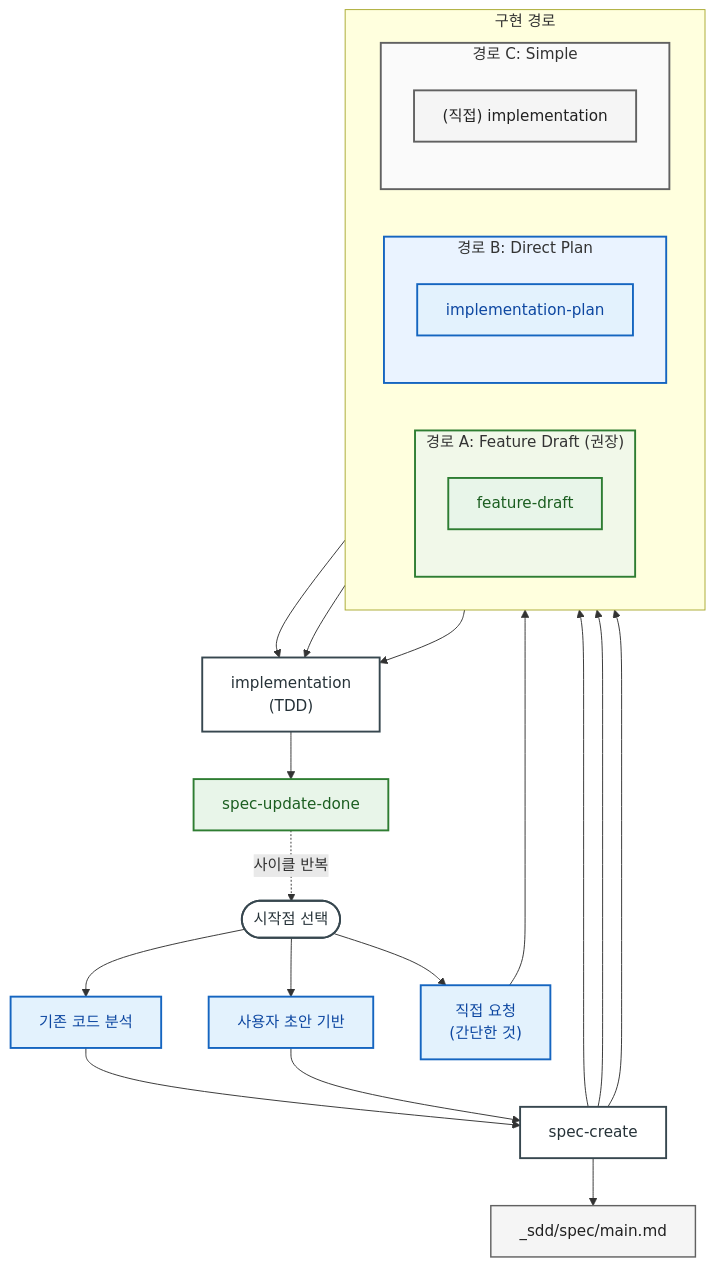
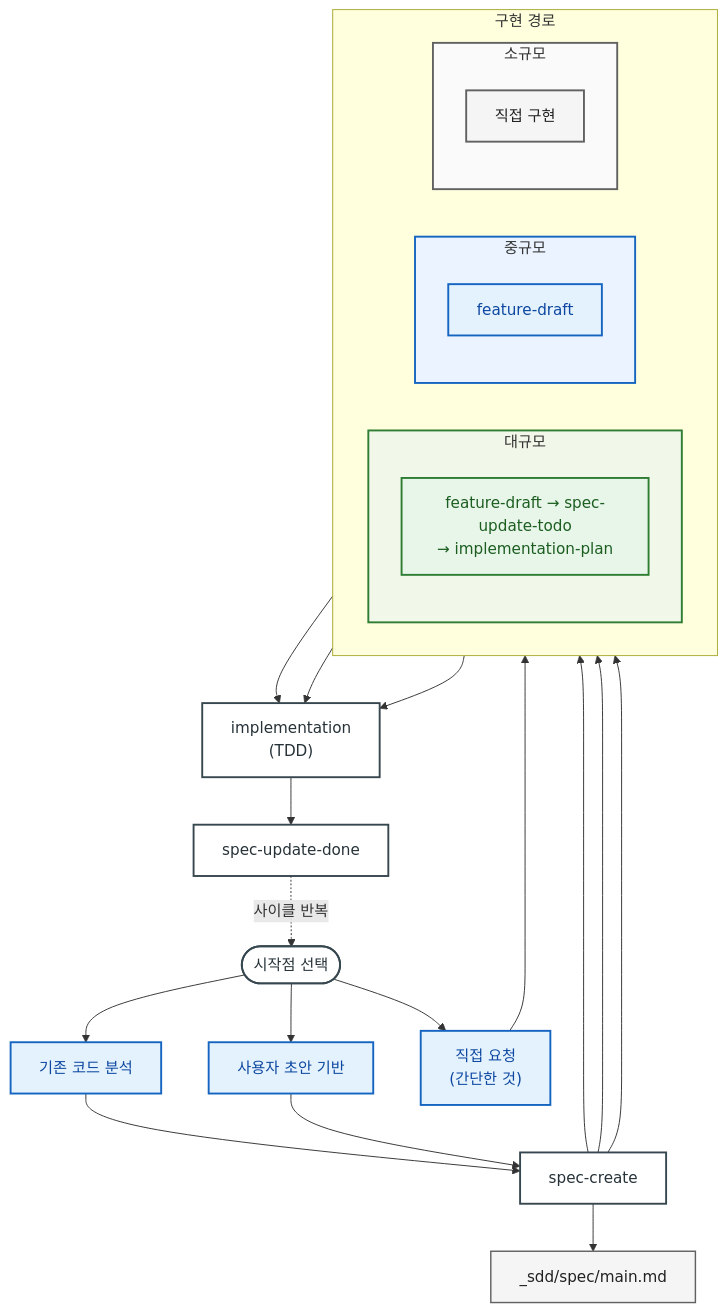
One commit to malfo-y/sdd-skills changed the sixth of 6 diagrams in SDD_WORKFLOW.md. Above: the diagram before and after it, drawn with Mermaid. The commit also changed other lines of this file and 1 other file, not shown here.

````diff
--- a/SDD_WORKFLOW.md
+++ b/SDD_WORKFLOW.md
@@ -648,58 +618,58 @@
 ```mermaid
 flowchart TB
     Start(["시작점 선택"]):::start
 
     CodeBase["기존 코드 분석"]:::choice
     Draft["사용자 초안 기반"]:::choice
     Direct["직접 요청<br/>(간단한 것)"]:::choice
 
     SC["spec-create"]:::action --> SpecOut["_sdd/spec/main.md"]:::output
 
     subgraph Paths["구현 경로"]
         direction LR
 
-        subgraph PathA["경로 A: Feature Draft (권장)"]
+        subgraph PathL["대규모"]
             direction TB
-            FD["feature-draft"]:::rec
+            FD["feature-draft → spec-update-todo<br/>→ implementation-plan"]:::rec
         end
 
-        subgraph PathB["경로 B: Direct Plan"]
+        subgraph PathM["중규모"]
             direction TB
-            IP["implementation-plan"]:::normal
+            FDM["feature-draft"]:::normal
         end
 
-        subgraph PathC["경로 C: Simple"]
+        subgraph PathS["소규모"]
             direction TB
-            Simple["(직접) implementation"]:::simple
+            Simple["직접 구현"]:::simple
         end
     end
 
     Impl["implementation<br/>(TDD)"]:::action
-    Sync["spec-update-done"]:::rec
+    Sync["spec-update-done"]:::action
 
     Start --> CodeBase --> SC
     Start --> Draft --> SC
-    Start --> Direct --> PathC
+    Start --> Direct --> PathS
 
-    SC --> PathA
-    SC --> PathB
-    SC --> PathC
+    SC --> PathL
+    SC --> PathM
+    SC --> PathS
 
     FD --> Impl
-    IP --> Impl
+    FDM --> Impl
     Simple --> Impl
     Impl --> Sync
     Sync -.->|"사이클 반복"| Start
 
     classDef start fill:#FFFFFF,stroke:#37474F,stroke-width:2px,color:#263238;
     classDef choice fill:#E3F2FD,stroke:#1565C0,stroke-width:2px,color:#0D47A1;
     classDef action fill:#FFFFFF,stroke:#37474F,stroke-width:2px,color:#263238;
     classDef rec fill:#E8F5E9,stroke:#2E7D32,stroke-width:2px,color:#1B5E20;
     classDef normal fill:#E3F2FD,stroke:#1565C0,stroke-width:2px,color:#0D47A1;
     classDef simple fill:#F5F5F5,stroke:#616161,stroke-width:2px,color:#212121;
     classDef output fill:#F5F5F5,stroke:#616161,stroke-width:1.5px,color:#212121;
 
-    style PathA stroke:#2E7D32,stroke-width:2px,fill:#F1F8E9
-    style PathB stroke:#1565C0,stroke-width:2px,fill:#EAF3FF
-    style PathC stroke:#616161,stroke-width:2px,fill:#FAFAFA
+    style PathL stroke:#2E7D32,stroke-width:2px,fill:#F1F8E9
+    style PathM stroke:#1565C0,stroke-width:2px,fill:#EAF3FF
+    style PathS stroke:#616161,stroke-width:2px,fill:#FAFAFA
 ```
````
